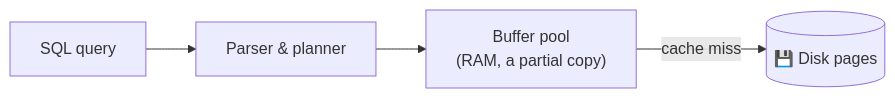
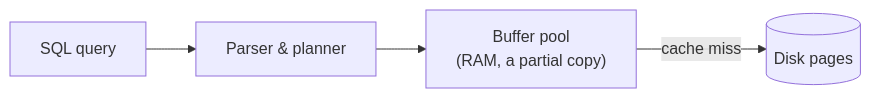
The second of 53 diagrams in src/redis.md (jamal474/slides), drawn with Mermaid before and after one commit. The commit also changed other lines of this file, not shown here.

````diff
--- a/src/redis.md
+++ b/src/redis.md
@@ -93,6 +89,6 @@
 ```mermaid
 flowchart LR
   Q["SQL query"] --> P["Parser & planner"]
   P --> BP["Buffer pool<br/>(RAM, a partial copy)"]
-  BP -- "cache miss" --> D[("💾 Disk pages")]
+  BP -- "cache miss" --> D[("Disk pages")]
 ```
````
